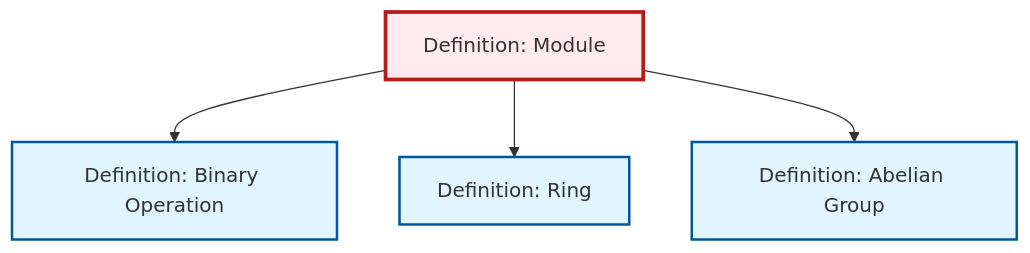
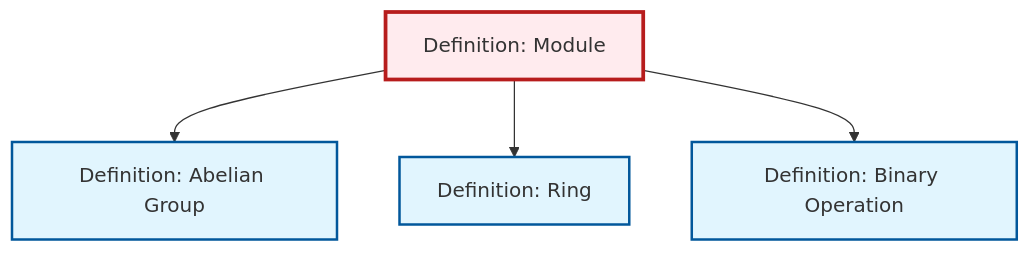
The diagram in content/en/algebra/def-module.qmd (RK0429/ModernMath), drawn with Mermaid before and after one commit. The commit also changed other lines of this file and 328 other files, not shown here.

````diff
--- a/content/en/algebra/def-module.qmd
+++ b/content/en/algebra/def-module.qmd
@@ -55,20 +55,20 @@
 ```{mermaid}
 %%| fig-cap: "Local dependency graph"
 graph TD
     classDef definition fill:#e1f5fe,stroke:#01579b,stroke-width:2px
     classDef theorem fill:#f3e5f5,stroke:#4a148c,stroke-width:2px
     classDef axiom fill:#fff3e0,stroke:#e65100,stroke-width:2px
     classDef example fill:#e8f5e9,stroke:#1b5e20,stroke-width:2px
     classDef current fill:#ffebee,stroke:#b71c1c,stroke-width:3px
+    def-ring["Definition: Ring"]:::definition
     def-module["Definition: Module"]:::definition
-    def-ring["Definition: Ring"]:::definition
     def-abelian-group["Definition: Abelian Group"]:::definition
     def-binary-operation["Definition: Binary Operation"]:::definition
+    def-module --> def-abelian-group
+    def-module --> def-ring
     def-module --> def-binary-operation
-    def-module --> def-ring
-    def-module --> def-abelian-group
     class def-module current
     click def-ring "def-ring.html" "Go to Ring definition"
     click def-abelian-group "def-abelian-group.html" "Go to Abelian Group definition"
     click def-binary-operation "def-binary-operation.html" "Go to Binary Operation definition"
 ```
````
